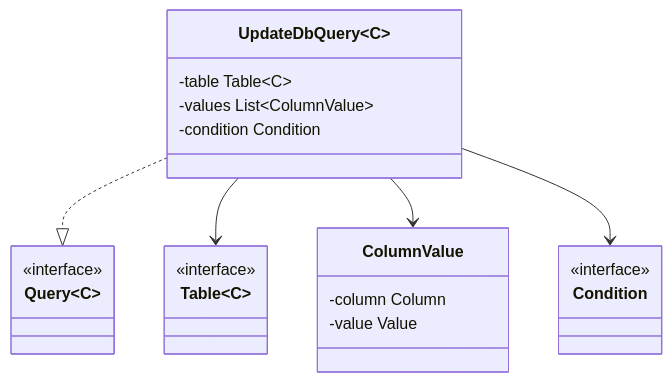
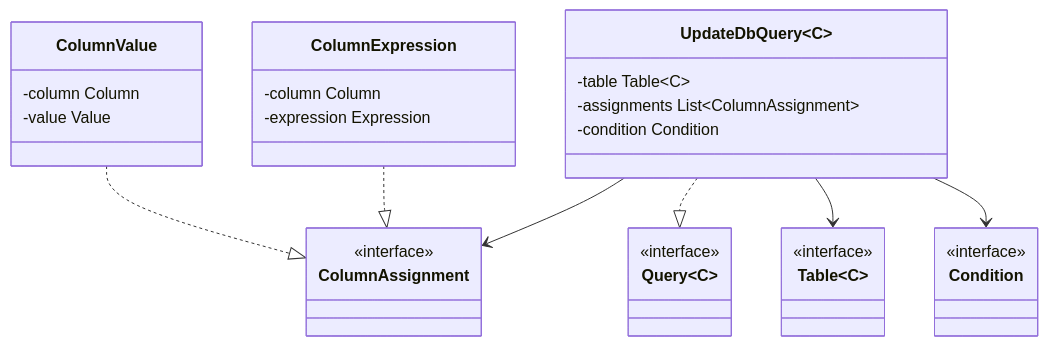
One commit to safarislava/QueryBricks changed the ninth of 9 diagrams in docs/domain.md. Above: the diagram before and after it, drawn with Mermaid. The commit also changed other lines of this file, not shown here.

Commit message:
docs: Add expression to update query

````diff
--- a/docs/domain.md
+++ b/docs/domain.md
@@ -230,29 +234,40 @@
 ```mermaid
 classDiagram
     class Table~C~ {
         <<interface>>
     }
-    
+
     class Query~C~ {
         <<interface>>
     }
-    
+
     class Condition {
+        <<interface>>
+    }
+
+    class ColumnAssignment {
         <<interface>>
     }
 
     class ColumnValue {
         -column Column
         -value Value
     }
+    ColumnValue ..|> ColumnAssignment
+
+    class ColumnExpression {
+        -column Column
+        -expression Expression
+    }
+    ColumnExpression ..|> ColumnAssignment
 
     class UpdateDbQuery~C~ {
         -table Table~C~
-        -values List~ColumnValue~
+        -assignments List~ColumnAssignment~
         -condition Condition
     }
     UpdateDbQuery ..|> Query
     UpdateDbQuery --> Table
-    UpdateDbQuery --> ColumnValue
+    UpdateDbQuery --> ColumnAssignment
     UpdateDbQuery --> Condition
 ```
````
